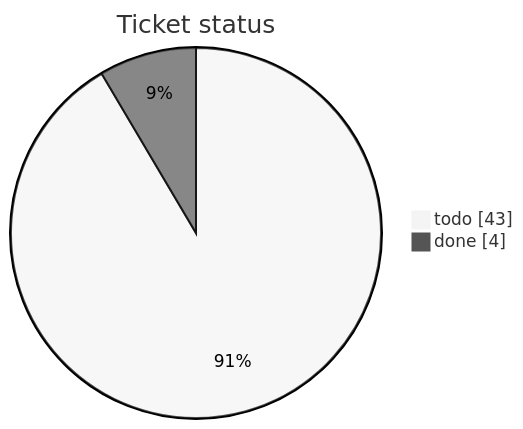
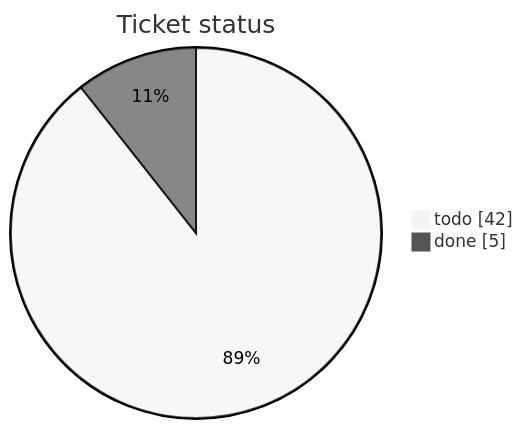
One commit to mohamed-soubhi/bootlab-esp changed the first of 3 diagrams in tickets/TICKETS.md. Above: the diagram before and after it, drawn with Mermaid (neutral theme). The commit also changed other lines of this file and 2 other files, not shown here.

First line of the commit message:
BL-006 done: lab signing keys

````diff
--- a/tickets/TICKETS.md
+++ b/tickets/TICKETS.md
@@ -10,5 +10,5 @@
 ```mermaid
 pie showData title Ticket status
-    "todo" : 43
-    "done" : 4
+    "todo" : 42
+    "done" : 5
 ```
````
